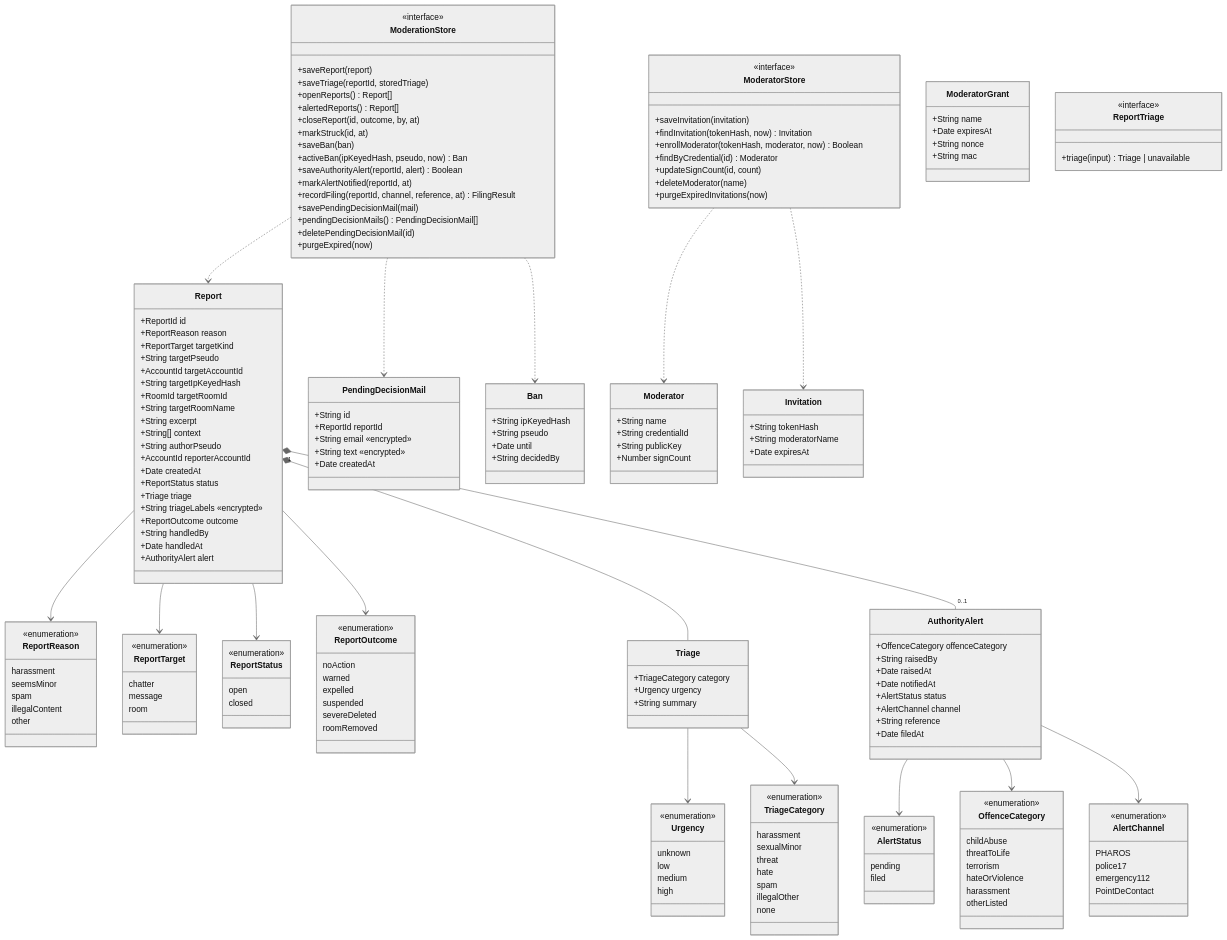
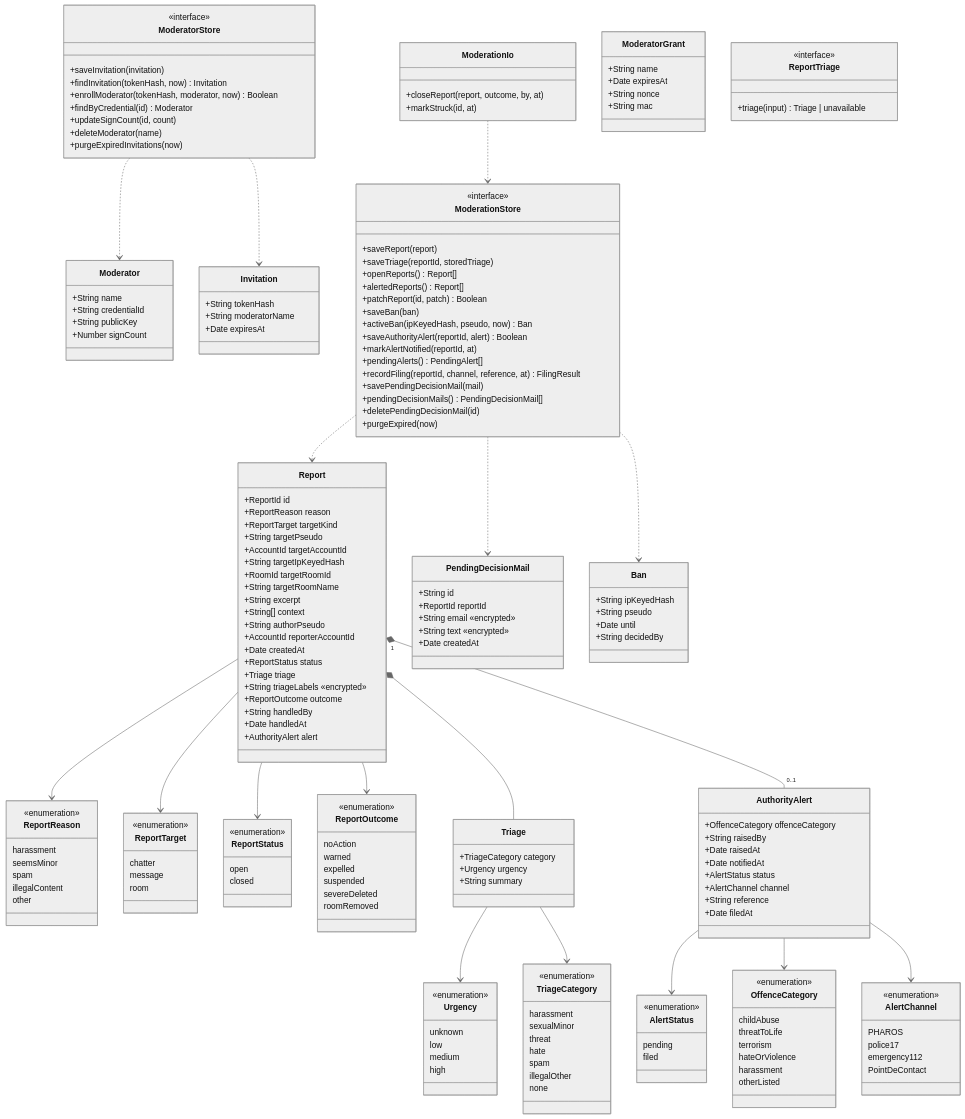
Before and after one commit to benoit-bremaud/asv: the diagram in docs/architecture/diagrams/moderation/04-class.md, drawn with Mermaid (neutral theme). The commit also changed other lines of this file and 10 other files, not shown here.

First line of the commit message:
fix(moderation): carry the raised alert in suspensionProposed (8c-2 review round 2)

```diff
--- a/docs/architecture/diagrams/moderation/04-class.md
+++ b/docs/architecture/diagrams/moderation/04-class.md
@@ -146,17 +146,21 @@
     +saveTriage(reportId, storedTriage)
     +openReports() Report[]
     +alertedReports() Report[]
-    +closeReport(id, outcome, by, at)
-    +markStruck(id, at)
+    +patchReport(id, patch) Boolean
     +saveBan(ban)
     +activeBan(ipKeyedHash, pseudo, now) Ban
     +saveAuthorityAlert(reportId, alert) Boolean
     +markAlertNotified(reportId, at)
+    +pendingAlerts() PendingAlert[]
     +recordFiling(reportId, channel, reference, at) FilingResult
     +savePendingDecisionMail(mail)
     +pendingDecisionMails() PendingDecisionMail[]
     +deletePendingDecisionMail(id)
     +purgeExpired(now)
+  }
+  class ModerationIo {
+    +closeReport(report, outcome, by, at)
+    +markStruck(id, at)
   }
   class ModeratorStore {
     <<interface>>
@@ -190,6 +194,7 @@
   AuthorityAlert --> OffenceCategory
   AuthorityAlert --> AlertChannel
   ModerationStore ..> Report
+  ModerationIo ..> ModerationStore
   ModerationStore ..> Ban
   ModerationStore ..> PendingDecisionMail
   ModeratorStore ..> Moderator
```
